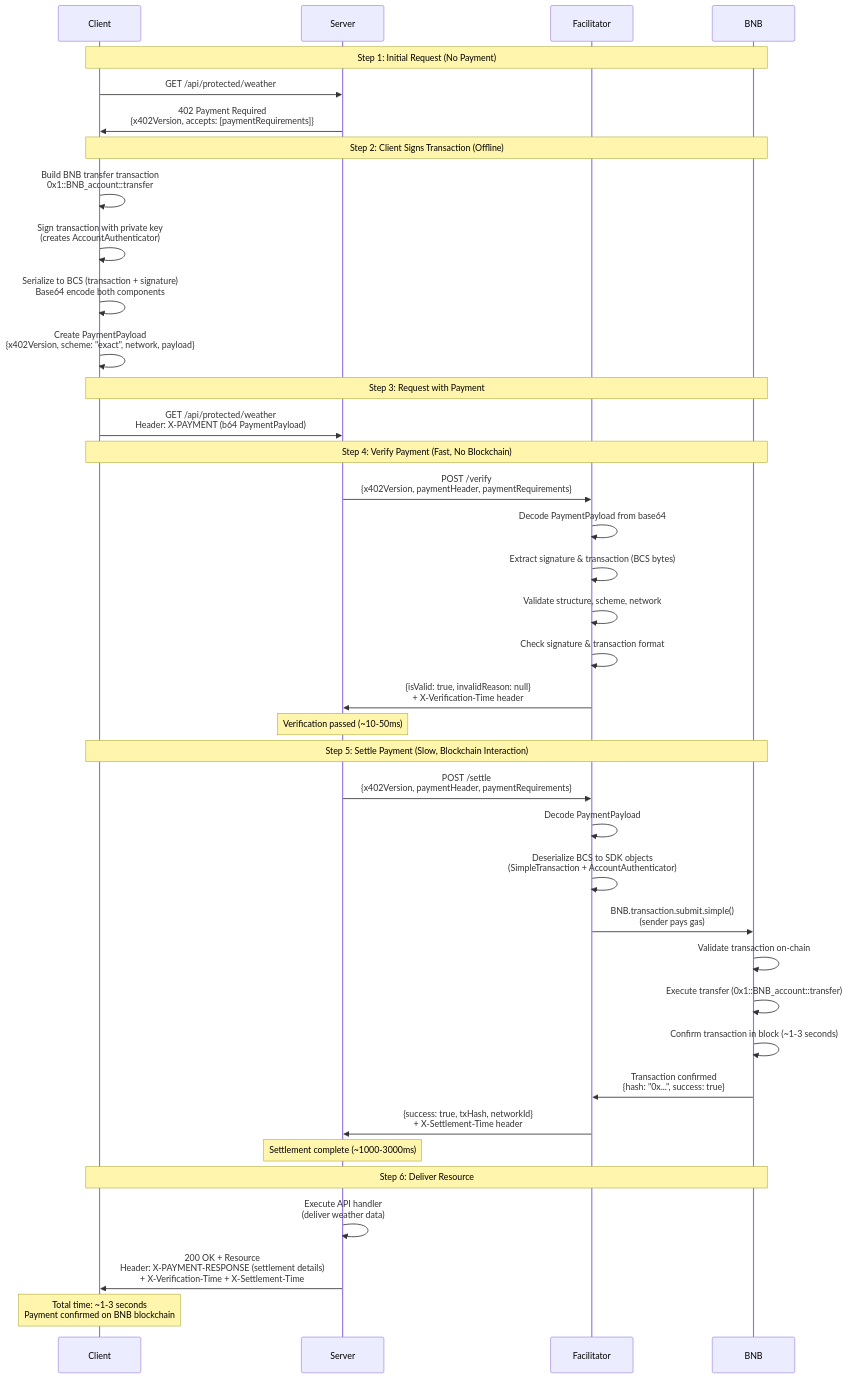
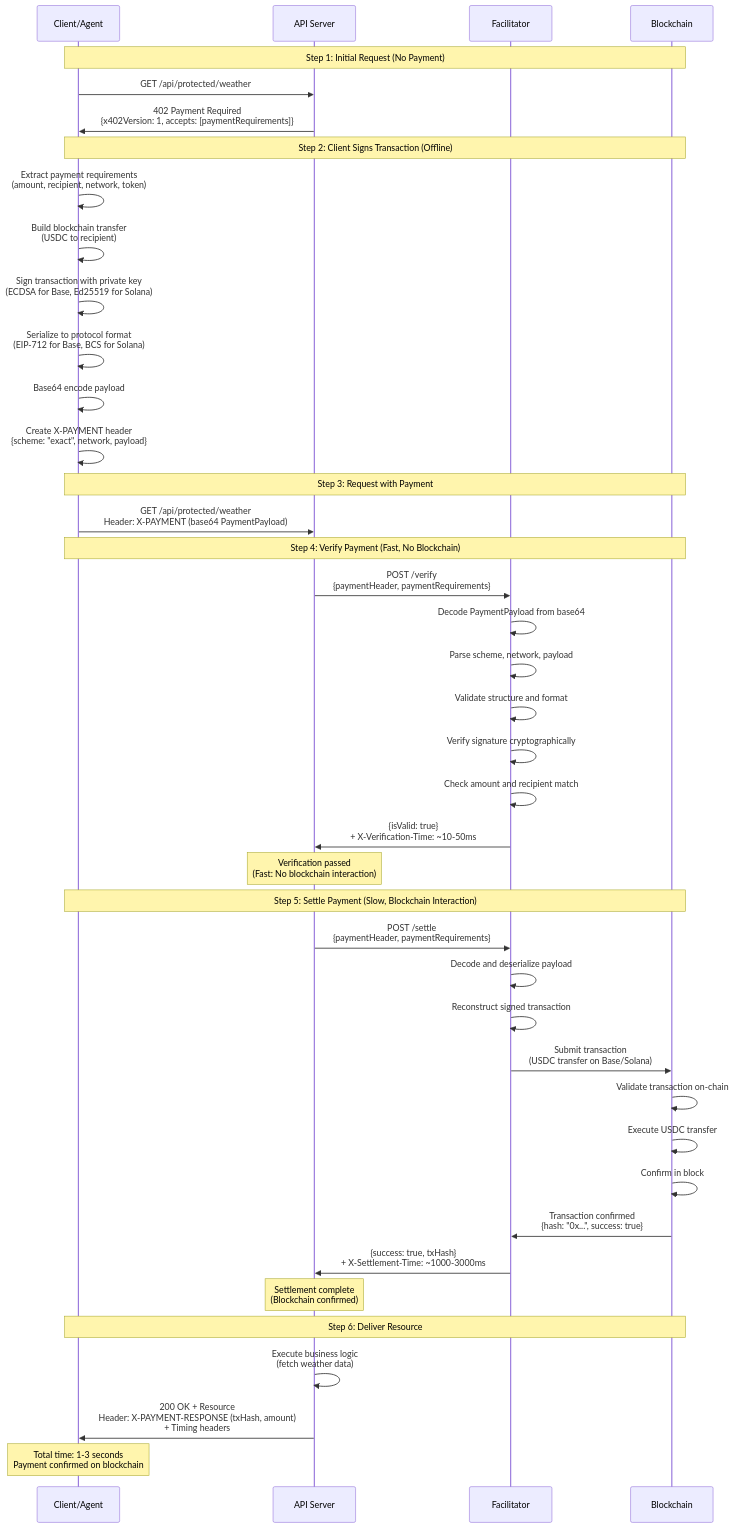
The first of 2 diagrams in docs/protocol-sequence.md (LolyxMoon/Aptos-x402), drawn with Mermaid before and after one commit. The commit also changed other lines of this file and 9 other files, not shown here.

````diff
--- a/docs/protocol-sequence.md
+++ b/docs/protocol-sequence.md
@@ -5,49 +5,52 @@
 ```mermaid
 sequenceDiagram
-    participant Client
-    participant Server
+    participant Client/Agent
+    participant API Server
     participant Facilitator
-    participant BNB
+    participant Blockchain
 
-    Note over Client,BNB: Step 1: Initial Request (No Payment)
-    Client->>Server: GET /api/protected/weather
-    Server->>Client: 402 Payment Required<br/>{x402Version, accepts: [paymentRequirements]}
+    Note over Client/Agent,Blockchain: Step 1: Initial Request (No Payment)
+    Client/Agent->>API Server: GET /api/protected/weather
+    API Server->>Client/Agent: 402 Payment Required<br/>{x402Version: 1, accepts: [paymentRequirements]}
 
-    Note over Client,BNB: Step 2: Client Signs Transaction (Offline)
-    Client->>Client: Build BNB transfer transaction<br/>0x1::BNB_account::transfer
-    Client->>Client: Sign transaction with private key<br/>(creates AccountAuthenticator)
-    Client->>Client: Serialize to BCS (transaction + signature)<br/>Base64 encode both components
-    Client->>Client: Create PaymentPayload<br/>{x402Version, scheme: "exact", network, payload}
+    Note over Client/Agent,Blockchain: Step 2: Client Signs Transaction (Offline)
+    Client/Agent->>Client/Agent: Extract payment requirements<br/>(amount, recipient, network, token)
+    Client/Agent->>Client/Agent: Build blockchain transfer<br/>(USDC to recipient)
+    Client/Agent->>Client/Agent: Sign transaction with private key<br/>(ECDSA for Base, Ed25519 for Solana)
+    Client/Agent->>Client/Agent: Serialize to protocol format<br/>(EIP-712 for Base, BCS for Solana)
+    Client/Agent->>Client/Agent: Base64 encode payload
+    Client/Agent->>Client/Agent: Create X-PAYMENT header<br/>{scheme: "exact", network, payload}
 
-    Note over Client,BNB: Step 3: Request with Payment
-    Client->>Server: GET /api/protected/weather<br/>Header: X-PAYMENT (b64 PaymentPayload)
+    Note over Client/Agent,Blockchain: Step 3: Request with Payment
+    Client/Agent->>API Server: GET /api/protected/weather<br/>Header: X-PAYMENT (base64 PaymentPayload)
 
-    Note over Client,BNB: Step 4: Verify Payment (Fast, No Blockchain)
-    Server->>Facilitator: POST /verify<br/>{x402Version, paymentHeader, paymentRequirements}
+    Note over Client/Agent,Blockchain: Step 4: Verify Payment (Fast, No Blockchain)
+    API Server->>Facilitator: POST /verify<br/>{paymentHeader, paymentRequirements}
     Facilitator->>Facilitator: Decode PaymentPayload from base64
-    Facilitator->>Facilitator: Extract signature & transaction (BCS bytes)
-    Facilitator->>Facilitator: Validate structure, scheme, network
-    Facilitator->>Facilitator: Check signature & transaction format
-    Facilitator->>Server: {isValid: true, invalidReason: null}<br/>+ X-Verification-Time header
+    Facilitator->>Facilitator: Parse scheme, network, payload
+    Facilitator->>Facilitator: Validate structure and format
+    Facilitator->>Facilitator: Verify signature cryptographically
+    Facilitator->>Facilitator: Check amount and recipient match
+    Facilitator->>API Server: {isValid: true}<br/>+ X-Verification-Time: ~10-50ms
     
-    Note over Server: Verification passed (~10-50ms)
+    Note over API Server: Verification passed<br/>(Fast: No blockchain interaction)
 
-    Note over Client,BNB: Step 5: Settle Payment (Slow, Blockchain Interaction)
-    Server->>Facilitator: POST /settle<br/>{x402Version, paymentHeader, paymentRequirements}
-    Facilitator->>Facilitator: Decode PaymentPayload
-    Facilitator->>Facilitator: Deserialize BCS to SDK objects<br/>(SimpleTransaction + AccountAuthenticator)
-    Facilitator->>BNB: BNB.transaction.submit.simple()<br/>(sender pays gas)
-    BNB->>BNB: Validate transaction on-chain
-    BNB->>BNB: Execute transfer (0x1::BNB_account::transfer)
-    BNB->>BNB: Confirm transaction in block (~1-3 seconds)
-    BNB->>Facilitator: Transaction confirmed<br/>{hash: "0x...", success: true}
-    Facilitator->>Server: {success: true, txHash, networkId}<br/>+ X-Settlement-Time header
+    Note over Client/Agent,Blockchain: Step 5: Settle Payment (Slow, Blockchain Interaction)
+    API Server->>Facilitator: POST /settle<br/>{paymentHeader, paymentRequirements}
+    Facilitator->>Facilitator: Decode and deserialize payload
+    Facilitator->>Facilitator: Reconstruct signed transaction
+    Facilitator->>Blockchain: Submit transaction<br/>(USDC transfer on Base/Solana)
+    Blockchain->>Blockchain: Validate transaction on-chain
+    Blockchain->>Blockchain: Execute USDC transfer
+    Blockchain->>Blockchain: Confirm in block
+    Blockchain->>Facilitator: Transaction confirmed<br/>{hash: "0x...", success: true}
+    Facilitator->>API Server: {success: true, txHash}<br/>+ X-Settlement-Time: ~1000-3000ms
 
-    Note over Server: Settlement complete (~1000-3000ms)
+    Note over API Server: Settlement complete<br/>(Blockchain confirmed)
 
-    Note over Client,BNB: Step 6: Deliver Resource
-    Server->>Server: Execute API handler<br/>(deliver weather data)
-    Server->>Client: 200 OK + Resource<br/>Header: X-PAYMENT-RESPONSE (settlement details)<br/>+ X-Verification-Time + X-Settlement-Time
+    Note over Client/Agent,Blockchain: Step 6: Deliver Resource
+    API Server->>API Server: Execute business logic<br/>(fetch weather data)
+    API Server->>Client/Agent: 200 OK + Resource<br/>Header: X-PAYMENT-RESPONSE (txHash, amount)<br/>+ Timing headers
 
-    Note over Client: Total time: ~1-3 seconds<br/>Payment confirmed on BNB blockchain
+    Note over Client/Agent: Total time: 1-3 seconds<br/>Payment confirmed on blockchain
 ```
````
